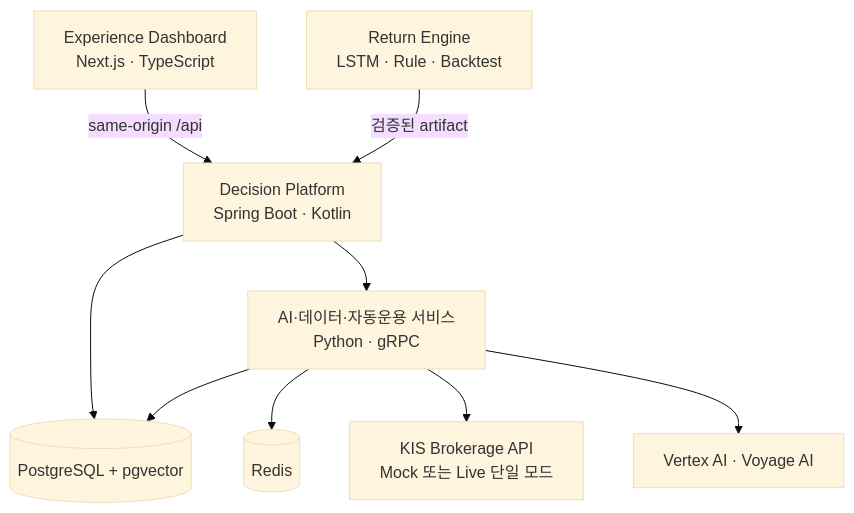
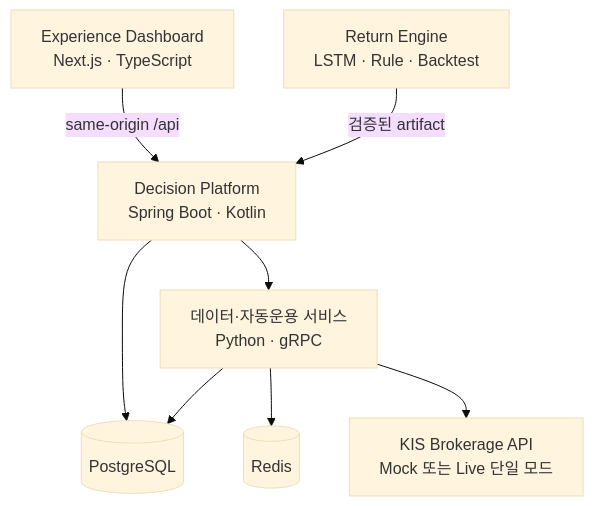
The second of 2 diagrams in README.md (robinhood0107/Capstone-AI-Trading-Coach-archive), drawn with Mermaid (base theme) before and after one commit. The commit also changed other lines of this file, not shown here.

````diff
--- a/README.md
+++ b/README.md
@@ -106,20 +102,18 @@
 ```mermaid
 flowchart TB
     UI["Experience Dashboard\nNext.js · TypeScript"]
     API["Decision Platform\nSpring Boot · Kotlin"]
-    PY["AI·데이터·자동운용 서비스\nPython · gRPC"]
+    PY["데이터·자동운용 서비스\nPython · gRPC"]
     RE["Return Engine\nLSTM · Rule · Backtest"]
-    DB[("PostgreSQL + pgvector")]
+    DB[("PostgreSQL")]
     CACHE[("Redis")]
     KIS["KIS Brokerage API\nMock 또는 Live 단일 모드"]
-    AI["Vertex AI · Voyage AI"]
 
     UI -->|same-origin /api| API
     API --> PY
     API --> DB
     PY --> DB
     PY --> CACHE
     RE -->|검증된 artifact| API
     PY --> KIS
-    PY --> AI
 ```
````
